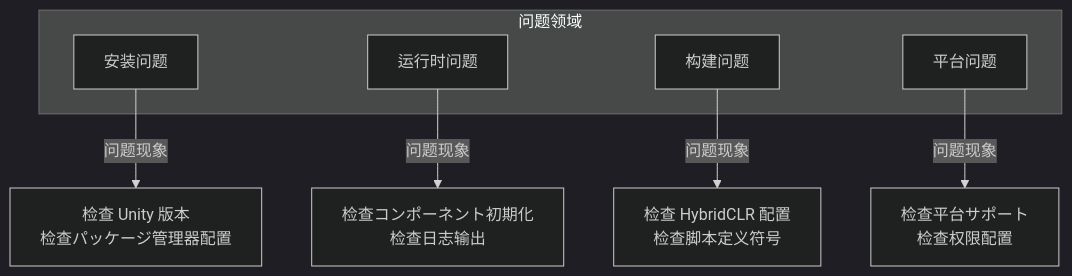
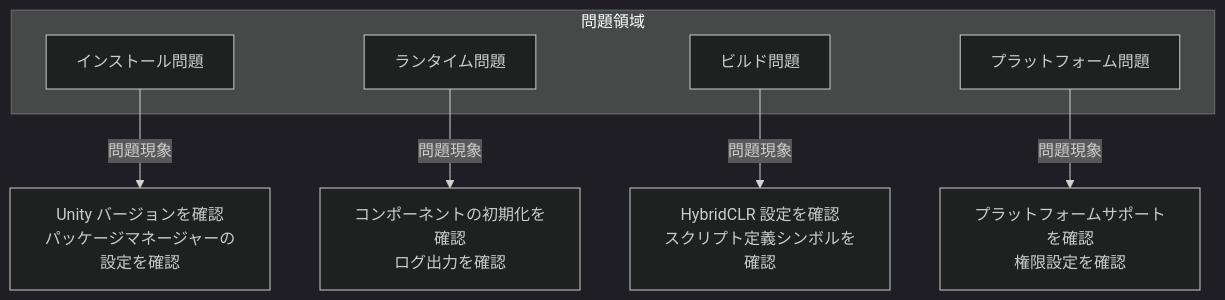
One commit to AlianBlank/GameFrameX.Docs changed the diagram in docs/ja/client/unity/component/core/21.troubleshooting.md. Above: the diagram before and after it, drawn with Mermaid (dark theme). The commit also changed other lines of this file and 320 other files, not shown here.

````diff
--- a/docs/ja/client/unity/component/core/21.troubleshooting.md
+++ b/docs/ja/client/unity/component/core/21.troubleshooting.md
@@ -11,14 +11,14 @@
 ```mermaid
 flowchart TD
-    subgraph ProblemArea["问题领域"]
-        Installation["安装问题"]
-        Runtime["运行时问题"]
-        Build["构建问题"]
-        Platform["平台问题"]
+    subgraph ProblemArea["問題領域"]
+        Installation["インストール問題"]
+        Runtime["ランタイム問題"]
+        Build["ビルド問題"]
+        Platform["プラットフォーム問題"]
     end
 
-    Installation --> |"问题现象"| Sol1["检查 Unity 版本<br/>检查パッケージ管理器配置"]
-    Runtime --> |"问题现象"| Sol2["检查コンポーネント初期化<br/>检查日志输出"]
-    Build --> |"问题现象"| Sol3["检查 HybridCLR 配置<br/>检查脚本定义符号"]
-    Platform --> |"问题现象"| Sol4["检查平台サポート<br/>检查权限配置"]
+    Installation --> |"問題現象"| Sol1["Unity バージョンを確認<br/>パッケージマネージャーの設定を確認"]
+    Runtime --> |"問題現象"| Sol2["コンポーネントの初期化を確認<br/>ログ出力を確認"]
+    Build --> |"問題現象"| Sol3["HybridCLR 設定を確認<br/>スクリプト定義シンボルを確認"]
+    Platform --> |"問題現象"| Sol4["プラットフォームサポートを確認<br/>権限設定を確認"]
 ```
````
